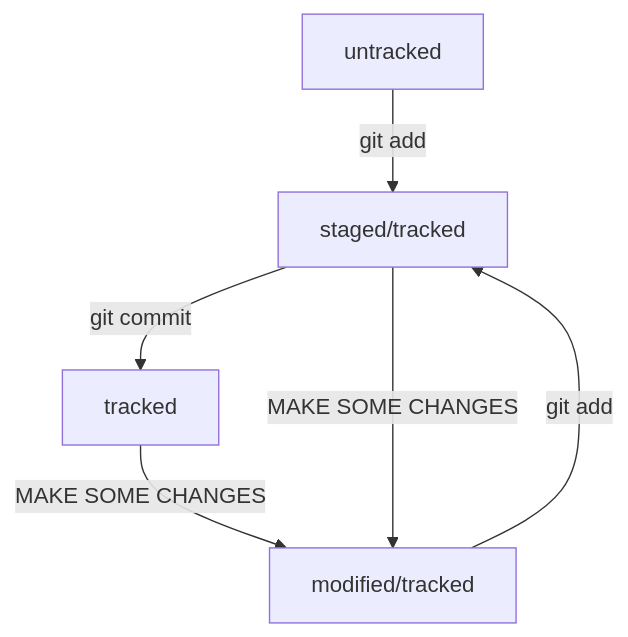
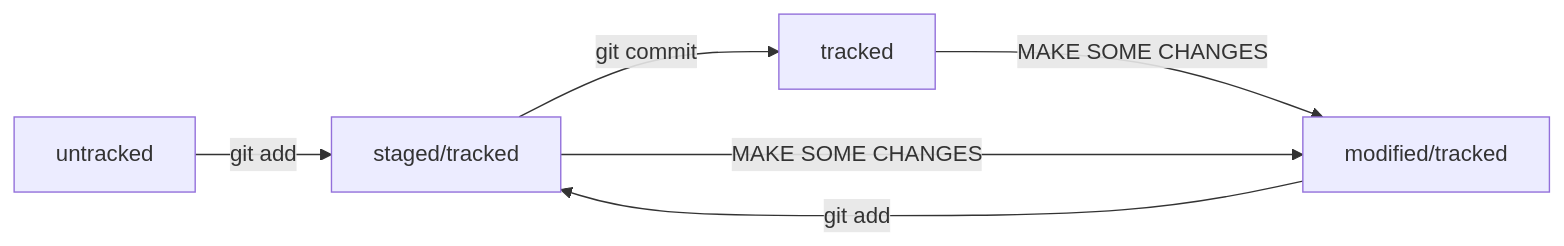
Before and after one commit to sintsovamy/ttt: the diagram in README.md, drawn with Mermaid.

Commit message:
change the graph view

````diff
--- a/README.md
+++ b/README.md
@@ -62,8 +62,8 @@
 ```mermaid
-graph TD;
+graph LR;
     untracked -- "git add" --> staged/tracked;
     staged/tracked -- "git commit" --> tracked;
     tracked -- "MAKE SOME CHANGES" --> modified/tracked;
     modified/tracked -- "git add" --> staged/tracked;
     staged/tracked -- "MAKE SOME CHANGES" --> modified/tracked;
 ```
````
